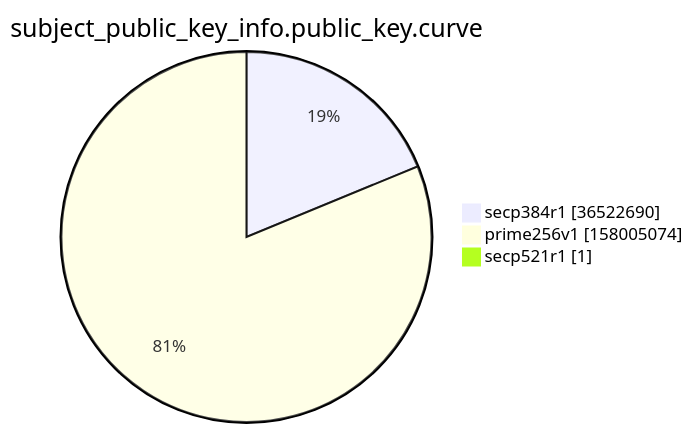
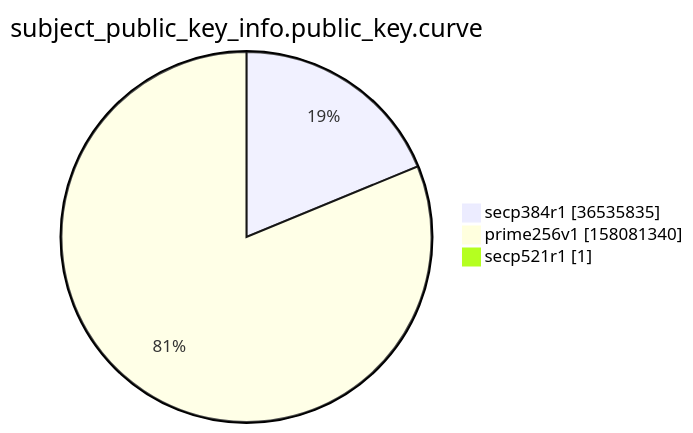
One commit to christiankrug/ctmonitor_visualization changed the ninth of 15 diagrams in argon2022/README.md. Above: the diagram before and after it, drawn with Mermaid. The commit also changed other lines of this file, not shown here.

````diff
--- a/argon2022/README.md
+++ b/argon2022/README.md
@@ -2766,7 +2766,7 @@
 ```mermaid
 pie showData
 title subject_public_key_info.public_key.curve
-"secp384r1" :36522690
-"prime256v1" :158005074
+"secp384r1" :36535835
+"prime256v1" :158081340
 "secp521r1" :1
 ```
````
